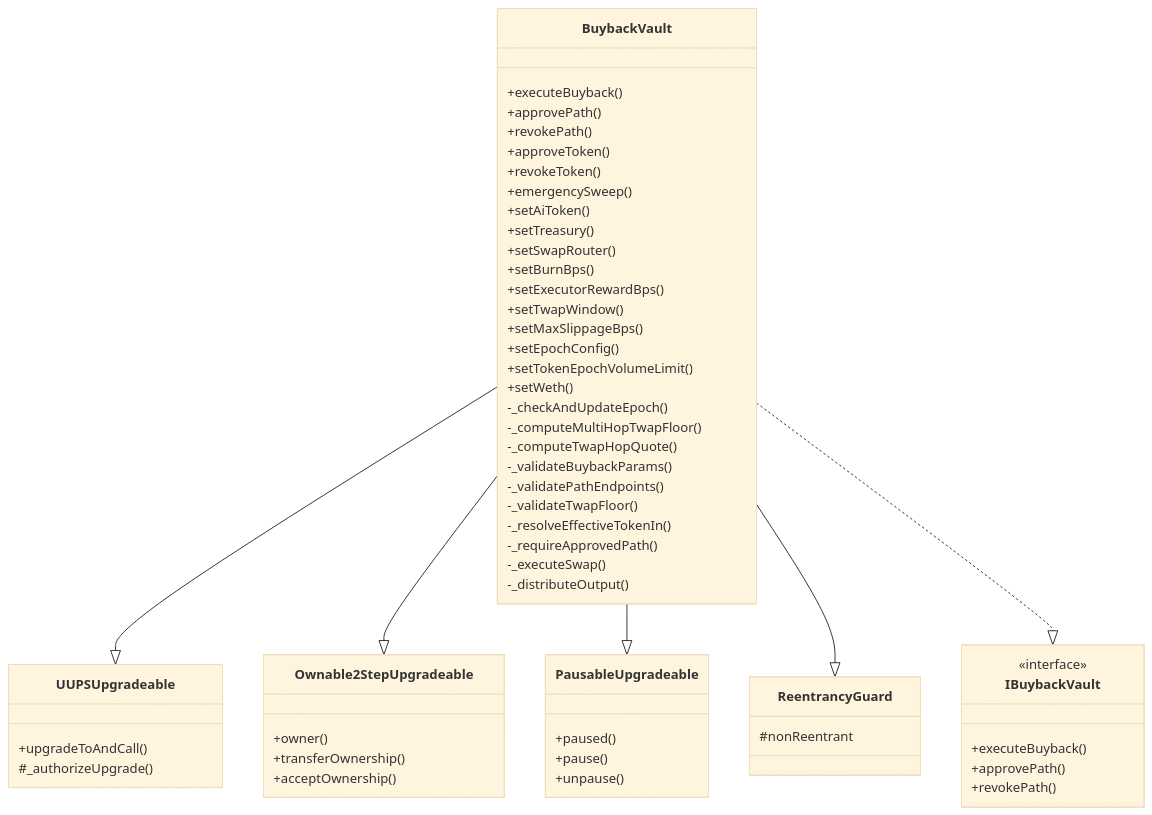
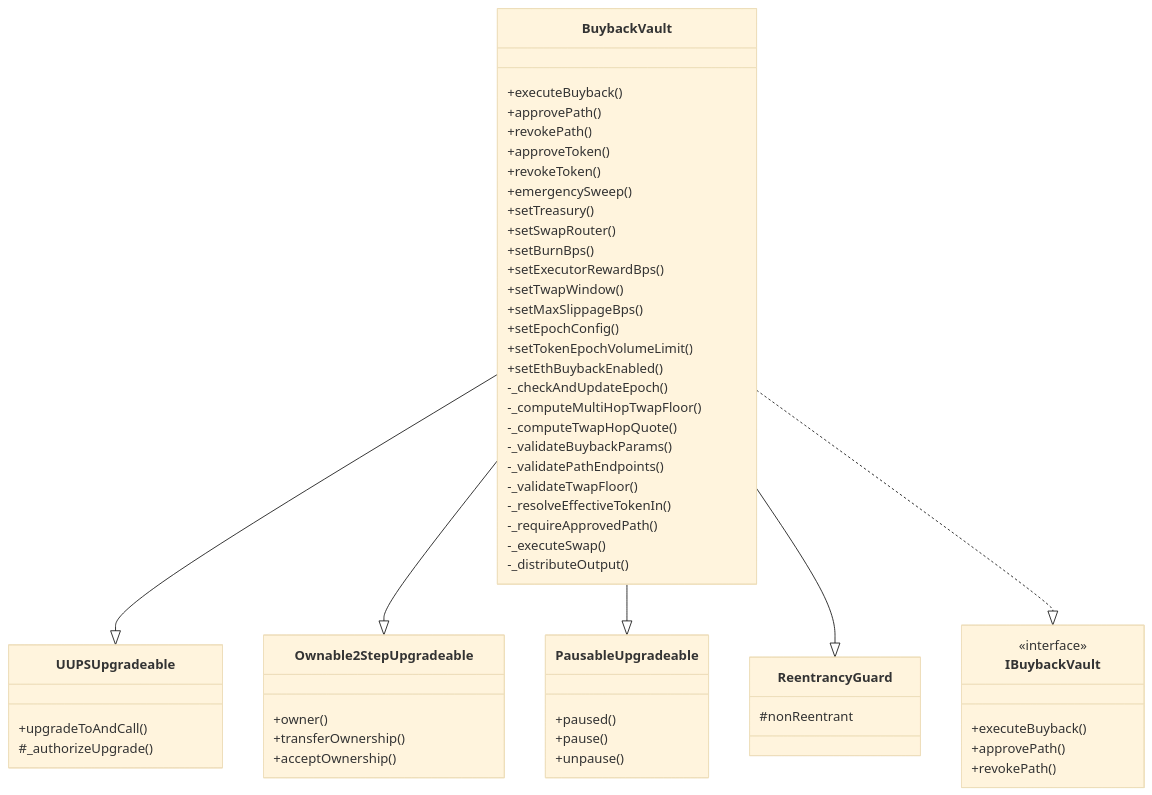
One commit to gensyn-network/gensyn-buyback changed the sixth of 6 diagrams in docs/DESIGN.md. Above: the diagram before and after it, drawn with Mermaid (base theme). The commit also changed other lines of this file and 3 other files, not shown here.

First line of the commit message:
docs: update documentation to reflect AI token burn function and ETH buyback toggle

````diff
--- a/docs/DESIGN.md
+++ b/docs/DESIGN.md
@@ -210,65 +214,64 @@
 ```mermaid
 classDiagram
     class BuybackVault {
         +executeBuyback()
         +approvePath()
         +revokePath()
         +approveToken()
         +revokeToken()
         +emergencySweep()
-        +setAiToken()
         +setTreasury()
         +setSwapRouter()
         +setBurnBps()
         +setExecutorRewardBps()
         +setTwapWindow()
         +setMaxSlippageBps()
         +setEpochConfig()
         +setTokenEpochVolumeLimit()
-        +setWeth()
+        +setEthBuybackEnabled()
         -_checkAndUpdateEpoch()
         -_computeMultiHopTwapFloor()
         -_computeTwapHopQuote()
         -_validateBuybackParams()
         -_validatePathEndpoints()
         -_validateTwapFloor()
         -_resolveEffectiveTokenIn()
         -_requireApprovedPath()
         -_executeSwap()
         -_distributeOutput()
     }
 
     class UUPSUpgradeable {
         +upgradeToAndCall()
         #_authorizeUpgrade()
     }
 
     class Ownable2StepUpgradeable {
         +owner()
         +transferOwnership()
         +acceptOwnership()
     }
 
     class PausableUpgradeable {
         +paused()
         +pause()
         +unpause()
     }
 
     class ReentrancyGuard {
         #nonReentrant
     }
 
     class IBuybackVault {
         <<interface>>
         +executeBuyback()
         +approvePath()
         +revokePath()
     }
 
     BuybackVault --|> UUPSUpgradeable
     BuybackVault --|> Ownable2StepUpgradeable
     BuybackVault --|> PausableUpgradeable
     BuybackVault --|> ReentrancyGuard
     BuybackVault ..|> IBuybackVault
 ```
````
